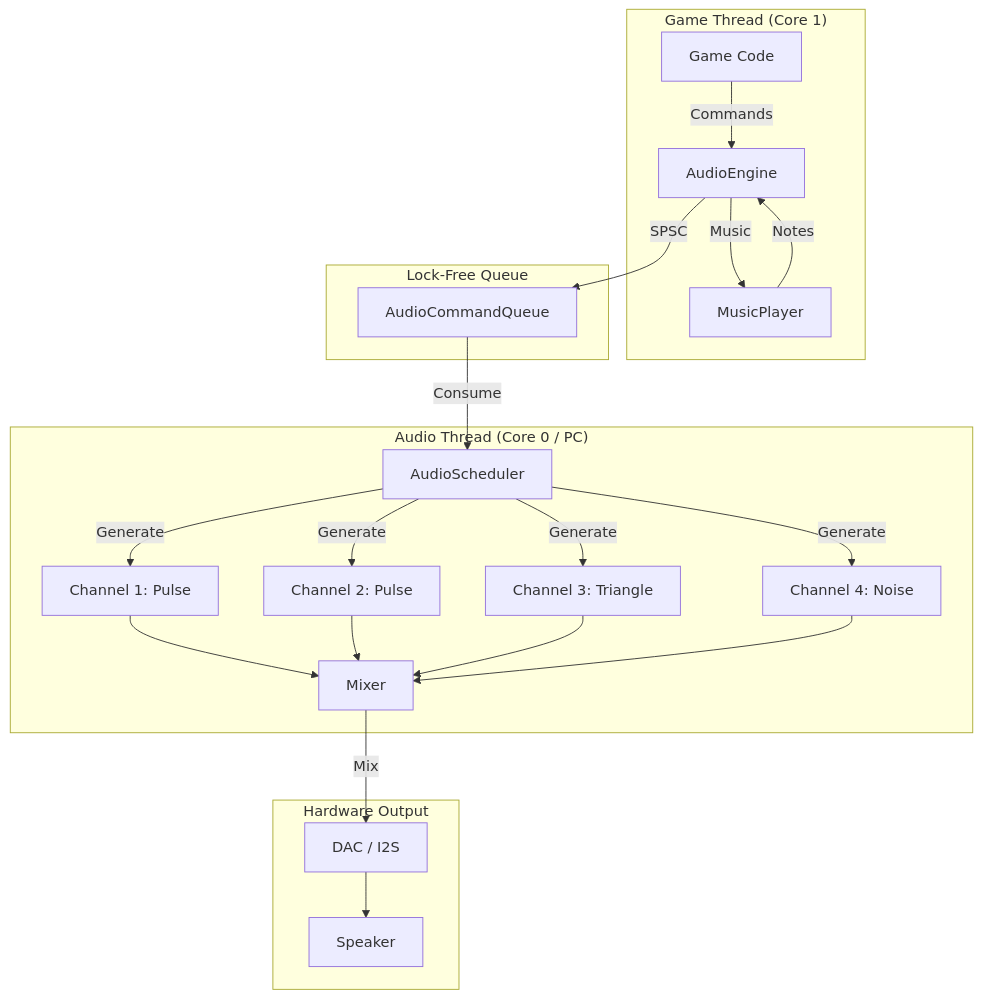
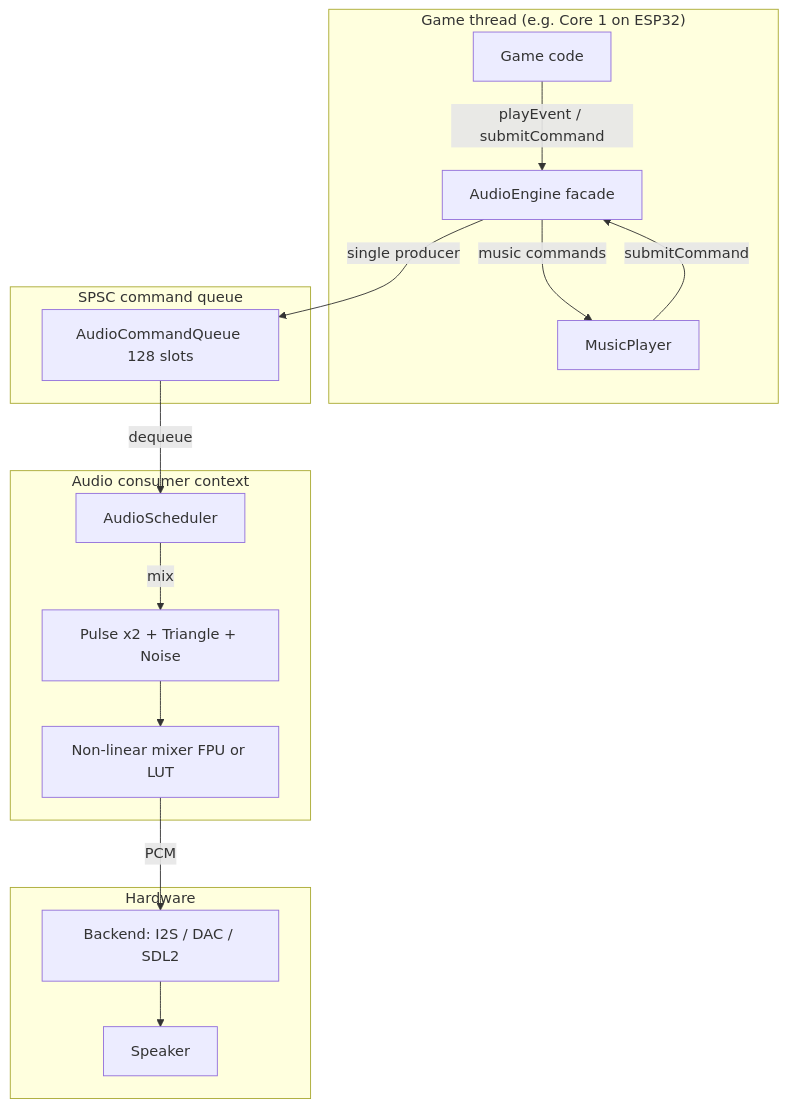
One commit to PixelRoot32-Game-Engine/PixelRoot32-Docs changed the diagram in guide/audio.md. Above: the diagram before and after it, drawn with Mermaid. The commit also changed other lines of this file and 3 other files, not shown here.

First line of the commit message:
docs(audio): refine AudioEngine documentation for clarity and structure

````diff
--- a/guide/audio.md
+++ b/guide/audio.md
@@ -7,29 +9,23 @@
 ```mermaid
 flowchart TB
-    subgraph Game["Game Thread (Core 1)"]
-        A[Game Code] -->|Commands| B[AudioEngine]
-        B -->|Music| C[MusicPlayer]
-        C -->|Notes| B
+    subgraph Game["Game thread (e.g. Core 1 on ESP32)"]
+        A[Game code] -->|playEvent / submitCommand| B[AudioEngine facade]
+        B -->|music commands| C[MusicPlayer]
+        C -->|submitCommand| B
     end
-    
-    subgraph Queue["Lock-Free Queue"]
-        B -->|SPSC| D[AudioCommandQueue]
+
+    subgraph Queue["SPSC command queue"]
+        B -->|single producer| D[AudioCommandQueue 128 slots]
     end
-    
-    subgraph Audio["Audio Thread (Core 0 / PC)"]
-        D -->|Consume| E[AudioScheduler]
-        E -->|Generate| F[Channel 1: Pulse]
-        E -->|Generate| G[Channel 2: Pulse]
-        E -->|Generate| H[Channel 3: Triangle]
-        E -->|Generate| I[Channel 4: Noise]
-        F --> J[Mixer]
-        G --> J
-        H --> J
-        I --> J
+
+    subgraph Audio["Audio consumer context"]
+        D -->|dequeue| E[AudioScheduler]
+        E -->|mix| F[Pulse x2 + Triangle + Noise]
+        F --> G[Non-linear mixer FPU or LUT]
     end
-    
-    subgraph Output["Hardware Output"]
-        J -->|Mix| K[DAC / I2S]
-        K --> L[Speaker]
+
+    subgraph Output["Hardware"]
+        G -->|PCM| H[Backend: I2S / DAC / SDL2]
+        H --> I[Speaker]
     end
 ```
````
